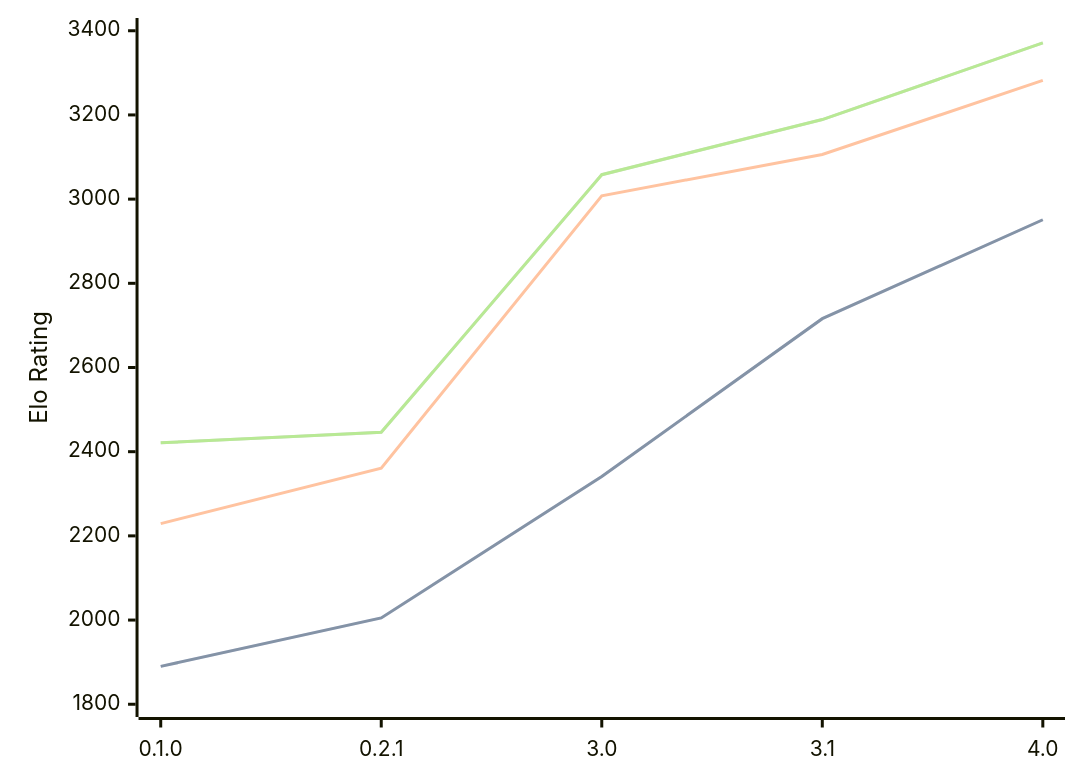
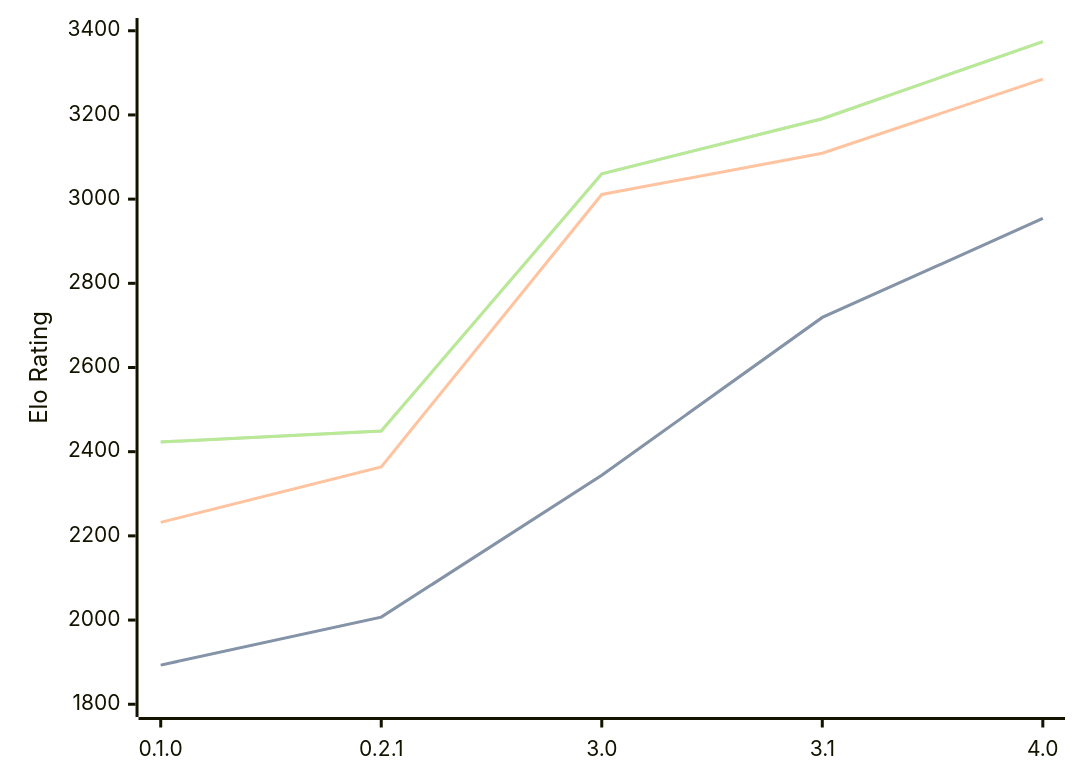
Before and after one commit to computer-chess-index/cci: the diagram in engines/Sykora.md, drawn with Mermaid. The commit also changed other lines of this file, not shown here.

Commit message:
Update CCI Ratings (ELO VLTC) - 2026-09-24

````diff
--- a/engines/Sykora.md
+++ b/engines/Sykora.md
@@ -36,11 +36,11 @@
 ```mermaid
 %%{init: {"theme":"base","themeVariables":{"seriesColors:['#a3a3a3','#222221','#faa371']}}}%%
 xychart-beta
   x-axis ["0.1.0", "0.2.1", "3.0", "3.1", "4.0"]
   y-axis "Elo Rating" 1800 --> 3400
-  line "" [1890, 2005, 2341, 2716, 2951]
-  line "STC (8.0+0.08s)" [1890, 2005, 2341, 2716, 2951]
-  line "LTC (60.0+0.60s)" [2229, 2361, 3008, 3106, 3282]
-  line "" [2421, 2446, 3058, 3189, 3371]
-  line "VLTC (2m24s+1.12s)" [2421, 2446, 3058, 3189, 3371]
+  line "" [1893, 2007, 2344, 2719, 2954]
+  line "STC (8.0+0.08s)" [1893, 2007, 2344, 2719, 2954]
+  line "LTC (60.0+0.60s)" [2232, 2364, 3011, 3109, 3285]
+  line "" [2423, 2449, 3060, 3191, 3374]
+  line "VLTC (2m24s+1.12s)" [2423, 2449, 3060, 3191, 3374]
 ```
````
